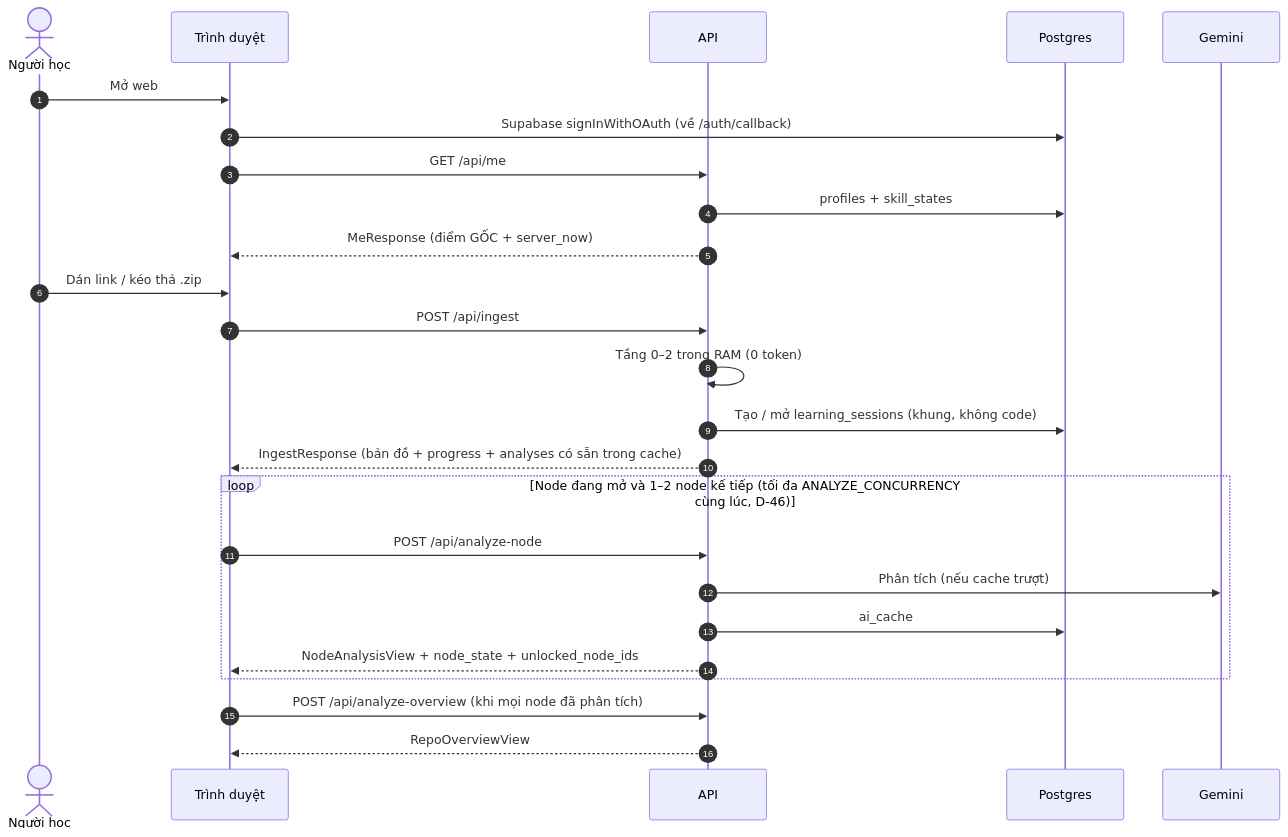
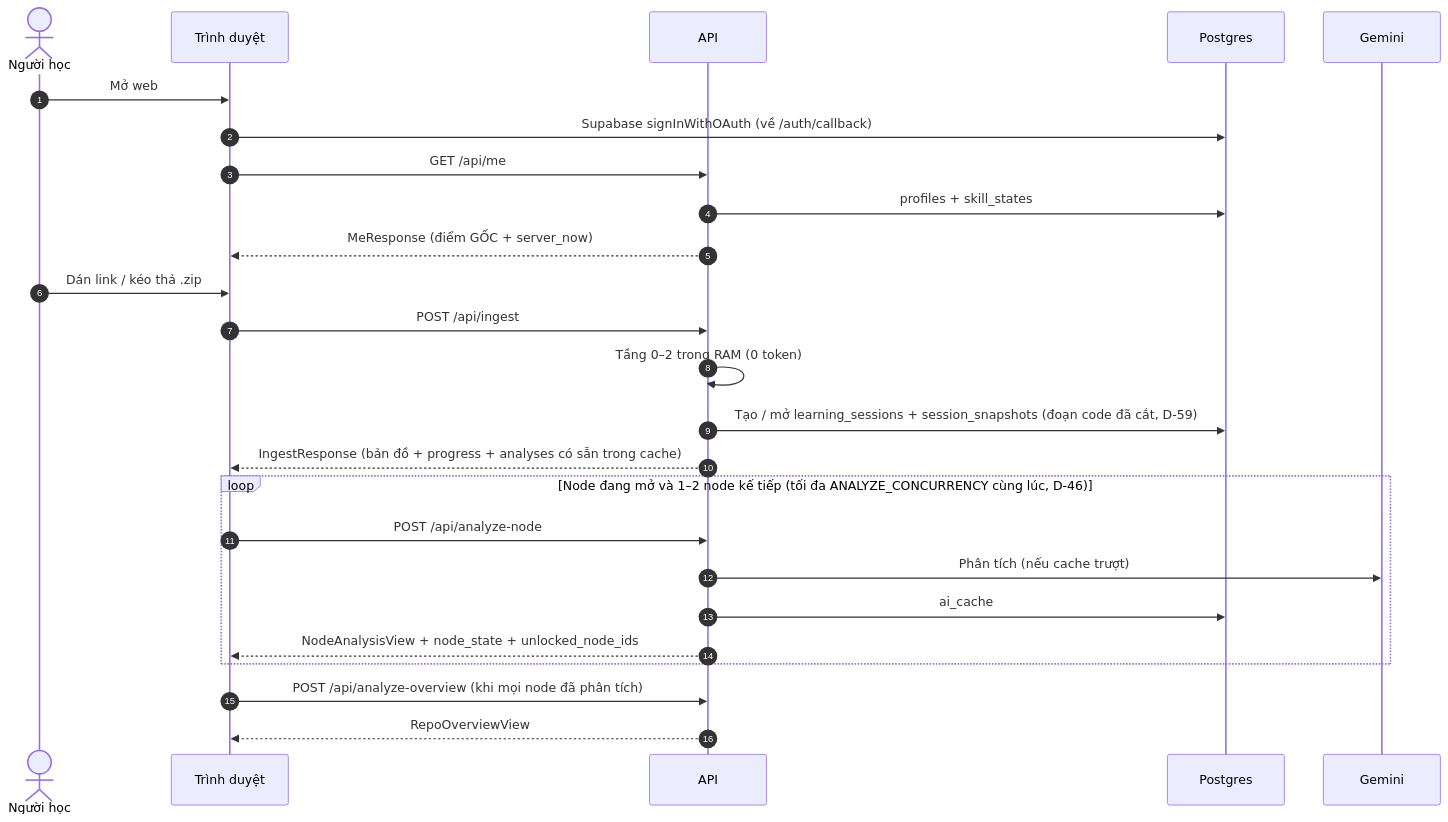
Before and after one commit to huynhthanhnhannnh-pixel/Hackathon_SGU: the second of 4 diagrams in spec/01_KIEN_TRUC_VA_LUONG.md, drawn with Mermaid. The commit also changed other lines of this file and 11 other files, not shown here.

First line of the commit message:
docs(spec): D-55..D-60 — bố cục điểm bắt đầu, nối node thuật toán, mobile, main mọi ngôn ngữ, lưu đoạn code đã cắt, đổi tên MASTERED_MIN

````diff
--- a/spec/01_KIEN_TRUC_VA_LUONG.md
+++ b/spec/01_KIEN_TRUC_VA_LUONG.md
@@ -85,27 +85,27 @@
 ```mermaid
 sequenceDiagram
     autonumber
     actor U as Người học
     participant FE as Trình duyệt
     participant BE as API
     participant DB as Postgres
     participant AI as Gemini
     U->>FE: Mở web
     FE->>DB: Supabase signInWithOAuth (về /auth/callback)
     FE->>BE: GET /api/me
     BE->>DB: profiles + skill_states
     BE-->>FE: MeResponse (điểm GỐC + server_now)
     U->>FE: Dán link / kéo thả .zip
     FE->>BE: POST /api/ingest
     BE->>BE: Tầng 0–2 trong RAM (0 token)
-    BE->>DB: Tạo / mở learning_sessions (khung, không code)
+    BE->>DB: Tạo / mở learning_sessions + session_snapshots (đoạn code đã cắt, D-59)
     BE-->>FE: IngestResponse (bản đồ + progress + analyses có sẵn trong cache)
     loop Node đang mở và 1–2 node kế tiếp (tối đa ANALYZE_CONCURRENCY cùng lúc, D-46)
         FE->>BE: POST /api/analyze-node
         BE->>AI: Phân tích (nếu cache trượt)
         BE->>DB: ai_cache
         BE-->>FE: NodeAnalysisView + node_state + unlocked_node_ids
     end
     FE->>BE: POST /api/analyze-overview (khi mọi node đã phân tích)
     BE-->>FE: RepoOverviewView
 ```
````
